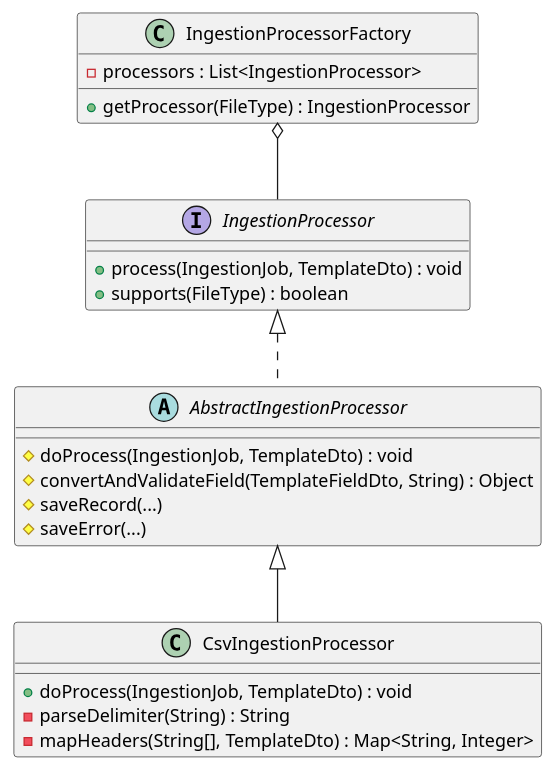
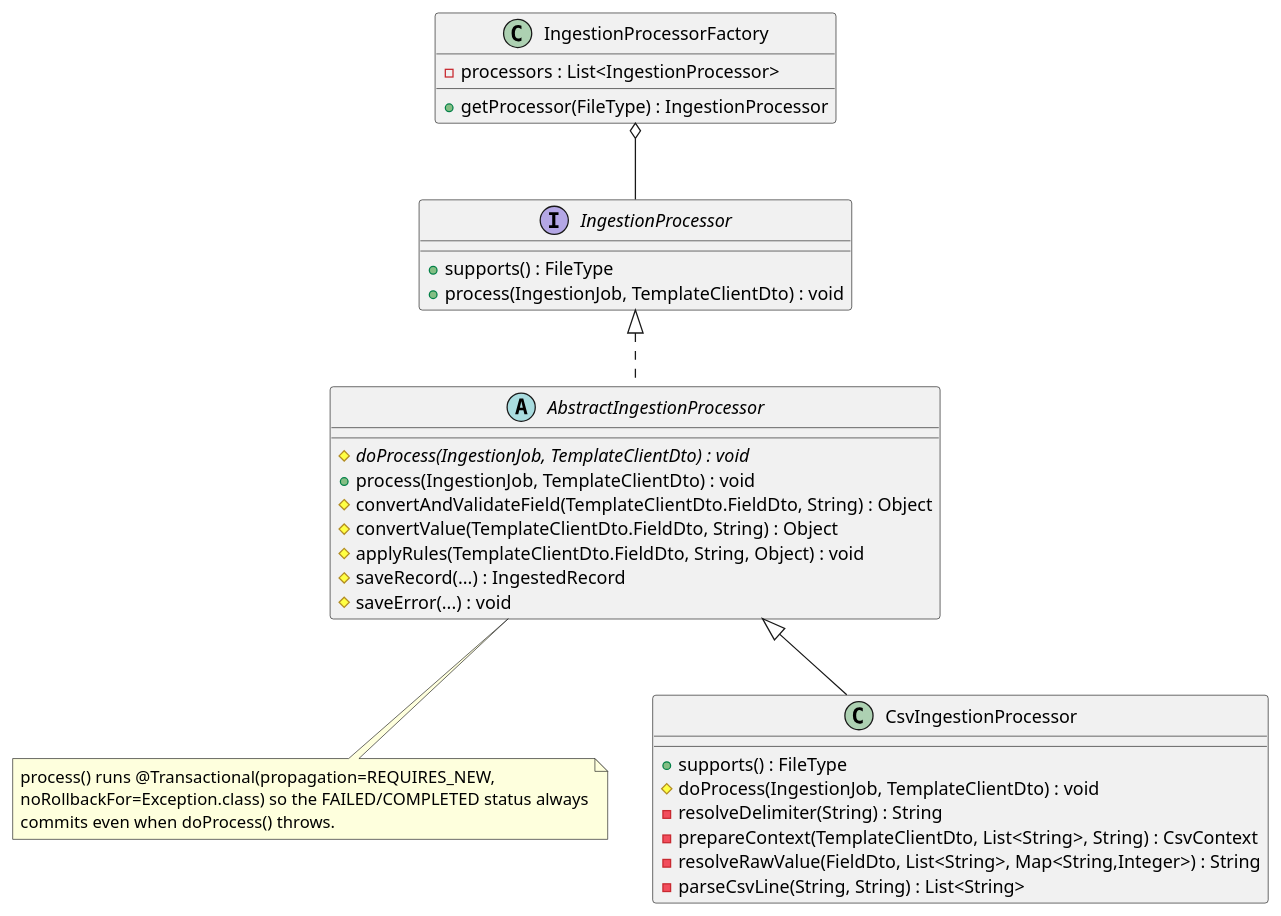
One commit to paulo-uab/salesPrevision changed the diagram in docs/plantuml/11-class-processor-strategy.puml. Above: the diagram before and after it, drawn with PlantUML. The commit also changed 48 other files, not shown here.

```diff
--- a/docs/plantuml/11-class-processor-strategy.puml
+++ b/docs/plantuml/11-class-processor-strategy.puml
@@ -1,28 +1,39 @@
 @startuml processor-strategy
 interface IngestionProcessor {
-  +process(IngestionJob, TemplateDto) : void
-  +supports(FileType) : boolean
+  +supports() : FileType
+  +process(IngestionJob, TemplateClientDto) : void
 }
 
 abstract class AbstractIngestionProcessor {
-  #doProcess(IngestionJob, TemplateDto) : void
-  #convertAndValidateField(TemplateFieldDto, String) : Object
-  #saveRecord(...)
-  #saveError(...)
+  #{abstract} doProcess(IngestionJob, TemplateClientDto) : void
+  +process(IngestionJob, TemplateClientDto) : void
+  #convertAndValidateField(TemplateClientDto.FieldDto, String) : Object
+  #convertValue(TemplateClientDto.FieldDto, String) : Object
+  #applyRules(TemplateClientDto.FieldDto, String, Object) : void
+  #saveRecord(...) : IngestedRecord
+  #saveError(...) : void
 }
+note bottom of AbstractIngestionProcessor
+  process() runs @Transactional(propagation=REQUIRES_NEW,
+  noRollbackFor=Exception.class) so the FAILED/COMPLETED status always
+  commits even when doProcess() throws.
+end note
 
 class CsvIngestionProcessor {
-  +doProcess(IngestionJob, TemplateDto) : void
-  -parseDelimiter(String) : String
-  -mapHeaders(String[], TemplateDto) : Map<String, Integer>
+  +supports() : FileType
+  #doProcess(IngestionJob, TemplateClientDto) : void
+  -resolveDelimiter(String) : String
+  -prepareContext(TemplateClientDto, List<String>, String) : CsvContext
+  -resolveRawValue(FieldDto, List<String>, Map<String,Integer>) : String
+  -parseCsvLine(String, String) : List<String>
 }
 
 class IngestionProcessorFactory {
   -processors : List<IngestionProcessor>
   +getProcessor(FileType) : IngestionProcessor
 }
 
 IngestionProcessor <|.. AbstractIngestionProcessor
 AbstractIngestionProcessor <|-- CsvIngestionProcessor
 IngestionProcessorFactory o-- IngestionProcessor
 @enduml
```
